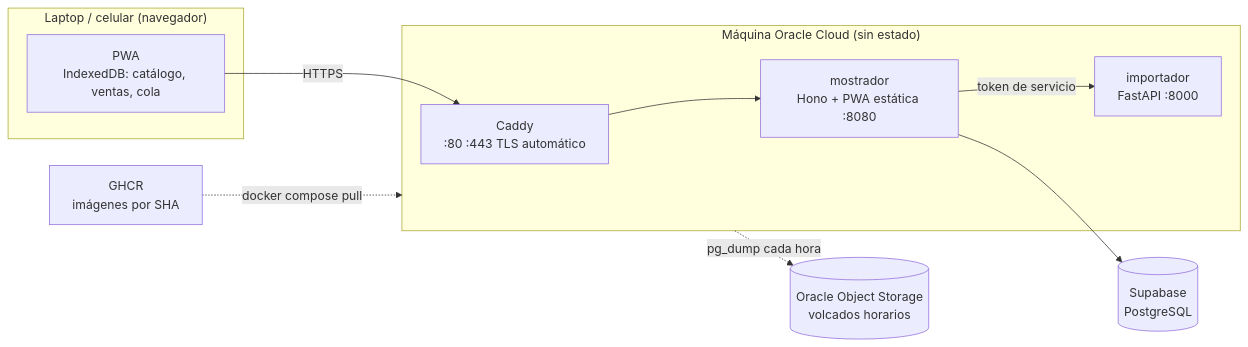
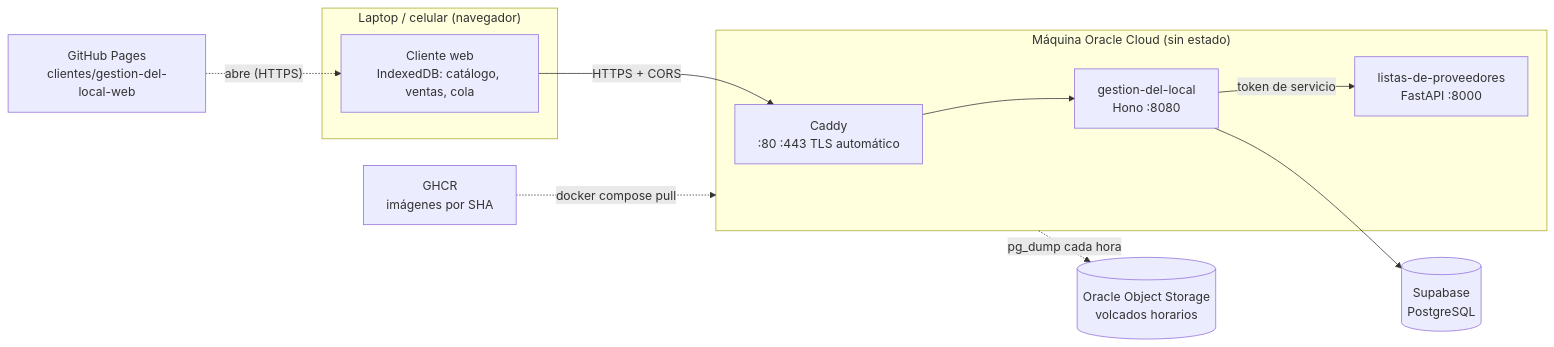
Before and after one commit to carlos-illobre/ferre: the diagram in docs/diagrams/despliegue.mmd, drawn with Mermaid. The commit also changed 84 other files, not shown here.

First line of the commit message:
Separar servicios, clientes y librerías con nombres de negocio; cliente web en GitHub Pages

```diff
--- a/docs/diagrams/despliegue.mmd
+++ b/docs/diagrams/despliegue.mmd
@@ -1,21 +1,23 @@
 flowchart LR
+    pages["GitHub Pages<br/>clientes/gestion-del-local-web"]
     subgraph navegador["Laptop / celular (navegador)"]
-        pwa["PWA<br/>IndexedDB: catálogo, ventas, cola"]
+        pwa["Cliente web<br/>IndexedDB: catálogo, ventas, cola"]
     end
+    pages -. "abre (HTTPS)" .-> pwa
 
     subgraph oracle["Máquina Oracle Cloud (sin estado)"]
         caddy["Caddy<br/>:80 :443 TLS automático"]
-        mostrador["mostrador<br/>Hono + PWA estática :8080"]
-        importador["importador<br/>FastAPI :8000"]
-        caddy --> mostrador
-        mostrador -- "token de servicio" --> importador
+        gdl["gestion-del-local<br/>Hono :8080"]
+        ldp["listas-de-proveedores<br/>FastAPI :8000"]
+        caddy --> gdl
+        gdl -- "token de servicio" --> ldp
     end
 
     supabase[("Supabase<br/>PostgreSQL")]
     objeto[("Oracle Object Storage<br/>volcados horarios")]
     ghcr["GHCR<br/>imágenes por SHA"]
 
-    pwa -- HTTPS --> caddy
-    mostrador --> supabase
+    pwa -- "HTTPS + CORS" --> caddy
+    gdl --> supabase
     oracle -. "pg_dump cada hora" .-> objeto
     ghcr -. "docker compose pull" .-> oracle
```
